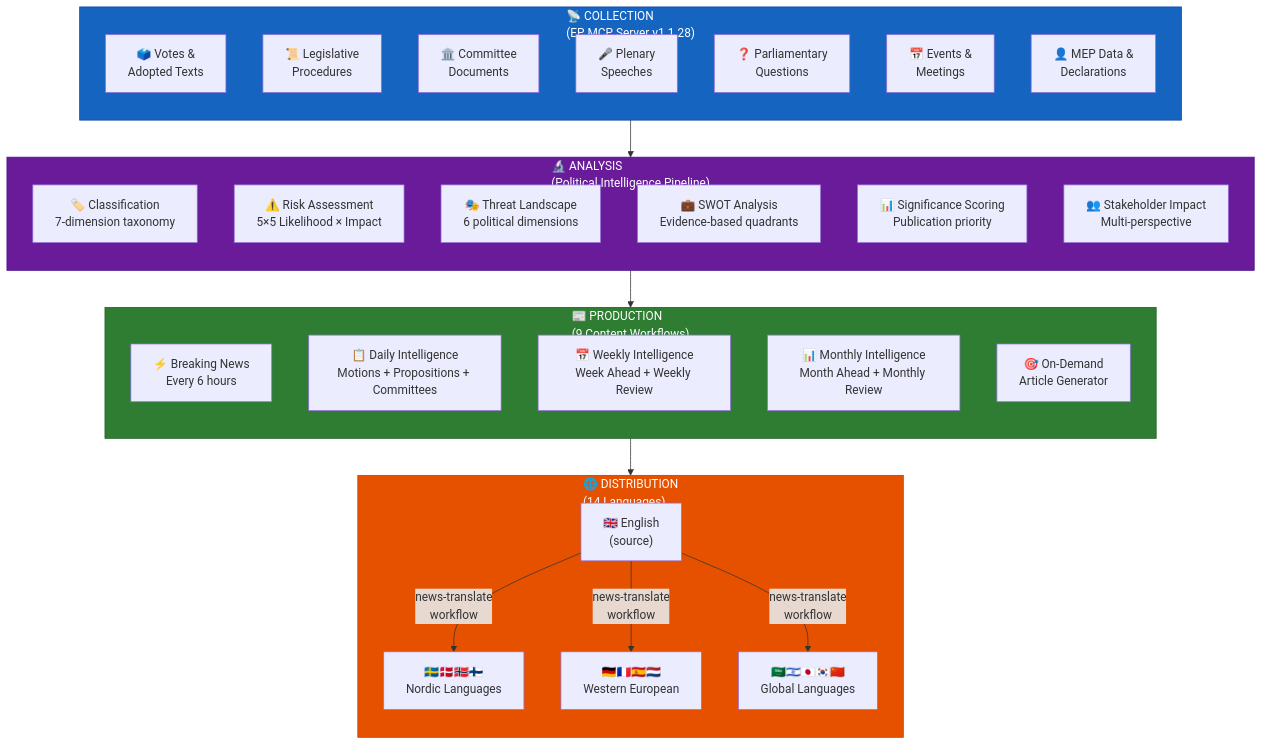
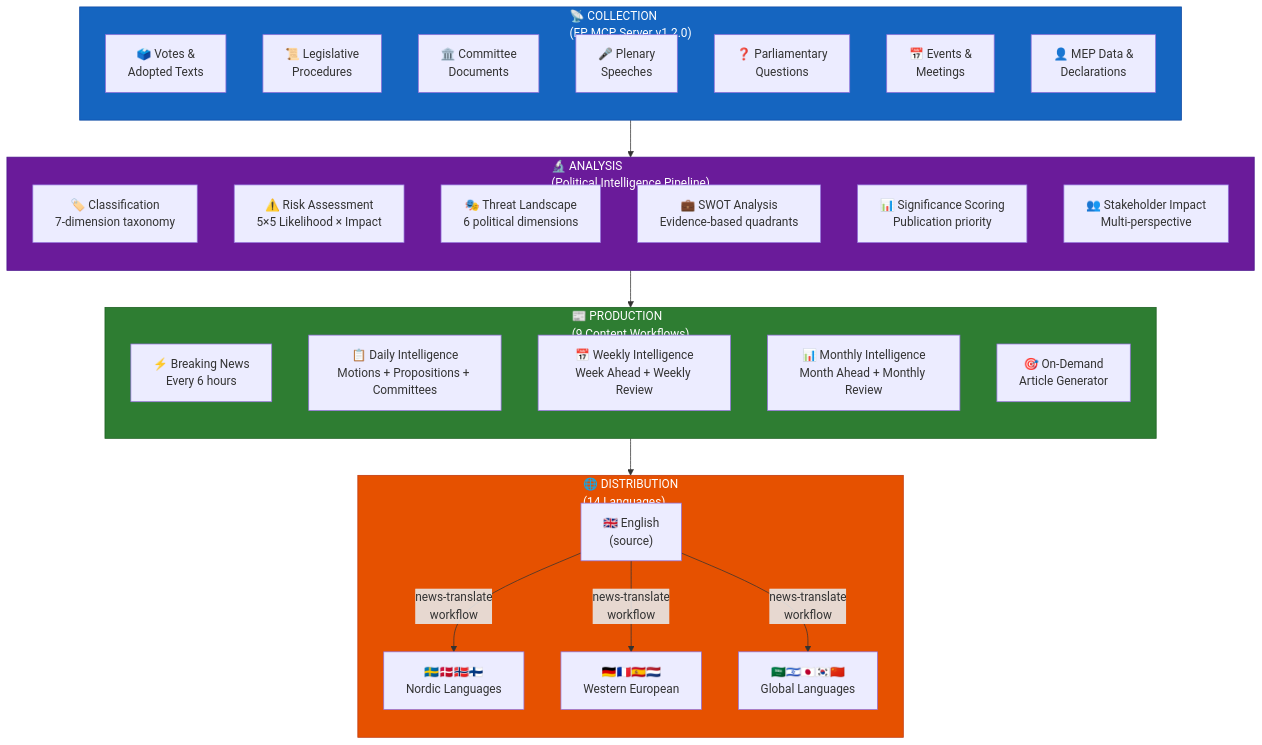
One commit to Hack23/euparliamentmonitor changed diagram 18 of 21 in WORKFLOWS.md. Above: the diagram before and after it, drawn with Mermaid. The commit also changed other lines of this file and 31 other files, not shown here.

First line of the commit message:
chore: bump european-parliament-mcp-server from 1.1.28 to 1.2.0 across all configs, workflows, docs, and tests

````diff
--- a/WORKFLOWS.md
+++ b/WORKFLOWS.md
@@ -1625,48 +1625,48 @@
 ```mermaid
 flowchart TD
-    subgraph Collection["📡 COLLECTION<br/>(EP MCP Server v1.1.28)"]
+    subgraph Collection["📡 COLLECTION<br/>(EP MCP Server v1.2.0)"]
         direction TB
         C1["🗳️ Votes &<br/>Adopted Texts"]
         C2["📜 Legislative<br/>Procedures"]
         C3["🏛️ Committee<br/>Documents"]
         C4["🎤 Plenary<br/>Speeches"]
         C5["❓ Parliamentary<br/>Questions"]
         C6["📅 Events &<br/>Meetings"]
         C7["👤 MEP Data &<br/>Declarations"]
     end
 
     subgraph Analysis["🔬 ANALYSIS<br/>(Political Intelligence Pipeline)"]
         direction TB
         A1["🏷️ Classification<br/>7-dimension taxonomy"]
         A2["⚠️ Risk Assessment<br/>5×5 Likelihood × Impact"]
         A3["🎭 Threat Landscape<br/>6 political dimensions"]
         A4["💼 SWOT Analysis<br/>Evidence-based quadrants"]
         A5["📊 Significance Scoring<br/>Publication priority"]
         A6["👥 Stakeholder Impact<br/>Multi-perspective"]
     end
 
     subgraph Production["📰 PRODUCTION<br/>(9 Content Workflows)"]
         direction TB
         P1["⚡ Breaking News<br/>Every 6 hours"]
         P2["📋 Daily Intelligence<br/>Motions + Propositions + Committees"]
         P3["📅 Weekly Intelligence<br/>Week Ahead + Weekly Review"]
         P4["📊 Monthly Intelligence<br/>Month Ahead + Monthly Review"]
         P5["🎯 On-Demand<br/>Article Generator"]
     end
 
     subgraph Distribution["🌐 DISTRIBUTION<br/>(14 Languages)"]
         direction TB
         D1["🇬🇧 English<br/>(source)"]
         D2["🇸🇪🇩🇰🇳🇴🇫🇮<br/>Nordic Languages"]
         D3["🇩🇪🇫🇷🇪🇸🇳🇱<br/>Western European"]
         D4["🇸🇦🇮🇱🇯🇵🇰🇷🇨🇳<br/>Global Languages"]
     end
 
     Collection --> Analysis --> Production --> D1
     D1 --> |"news-translate<br/>workflow"| D2 & D3 & D4
 
     style Collection fill:#1565C0,stroke:#0D47A1,color:#FFFFFF
     style Analysis fill:#6A1B9A,stroke:#4A148C,color:#FFFFFF
     style Production fill:#2E7D32,stroke:#1B5E20,color:#FFFFFF
     style Distribution fill:#E65100,stroke:#BF360C,color:#FFFFFF
 ```
````
